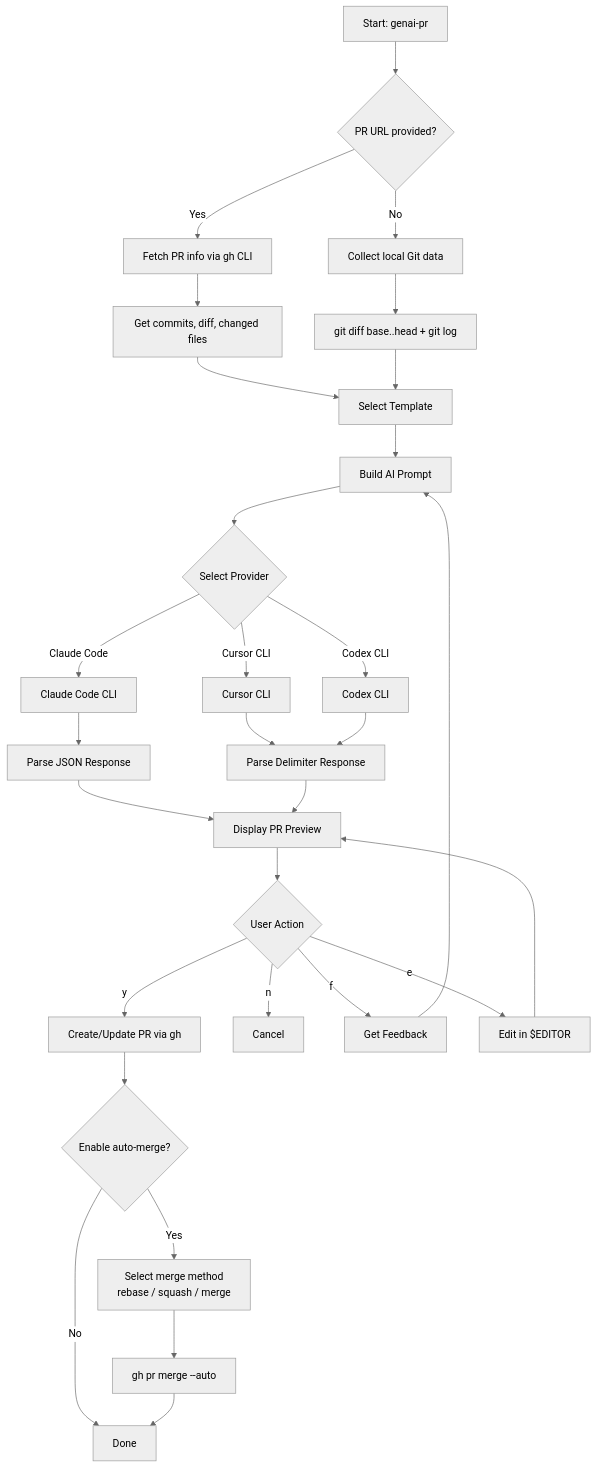
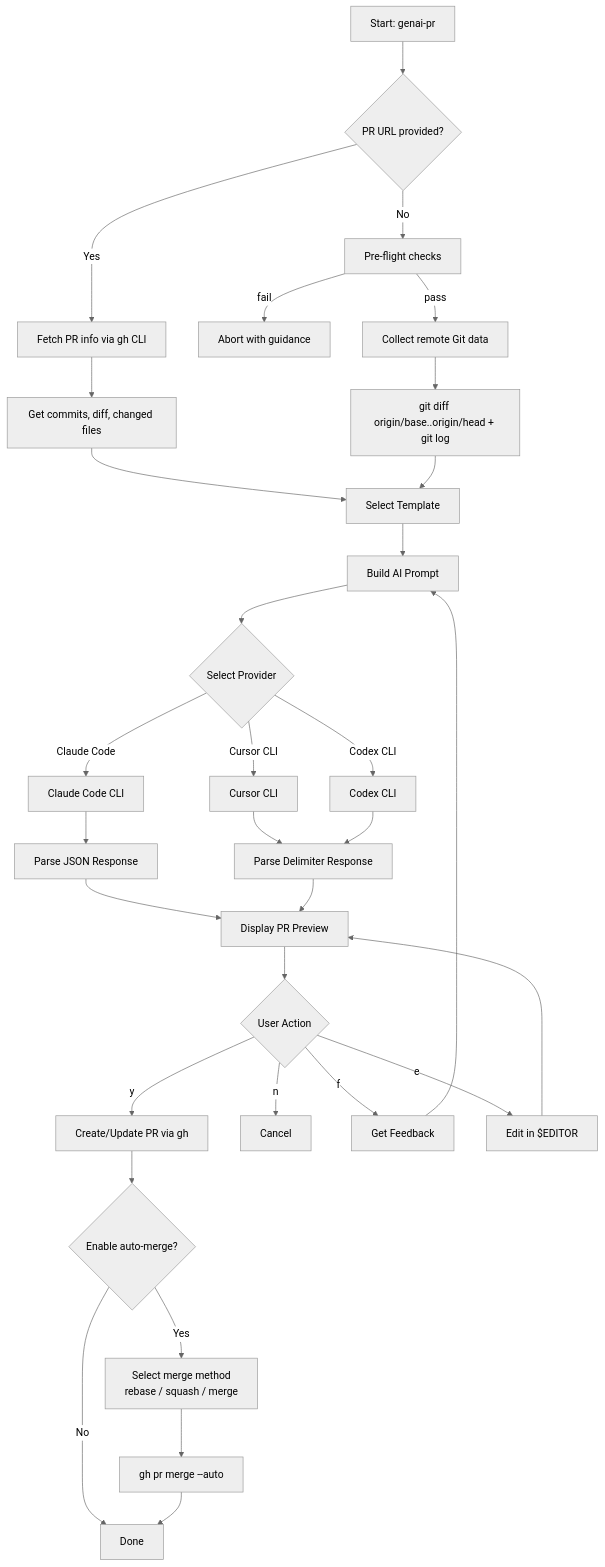
Before and after one commit to Seungwoo321/genai-pr: the diagram in README.md, drawn with Mermaid (neutral theme). The commit also changed other lines of this file and 3 other files, not shown here.

````diff
--- a/README.md
+++ b/README.md
@@ -23,32 +24,34 @@
 ```mermaid
 flowchart TD
     A[Start: genai-pr] --> B{PR URL provided?}
     B -->|Yes| C[Fetch PR info via gh CLI]
-    B -->|No| D[Collect local Git data]
+    B -->|No| PF[Pre-flight checks]
+    PF -->|fail| PFX[Abort with guidance]
+    PF -->|pass| D[Collect remote Git data]
     C --> E[Get commits, diff, changed files]
-    D --> F[git diff base..head + git log]
+    D --> F[git diff origin/base..origin/head + git log]
     E --> G[Select Template]
     F --> G
     G --> H[Build AI Prompt]
     H --> I{Select Provider}
     I -->|Claude Code| J[Claude Code CLI]
     I -->|Cursor CLI| K[Cursor CLI]
     I -->|Codex CLI| K2[Codex CLI]
     J --> L[Parse JSON Response]
     K --> M[Parse Delimiter Response]
     K2 --> M
     L --> N[Display PR Preview]
     M --> N
     N --> O{User Action}
     O -->|y| P[Create/Update PR via gh]
     O -->|n| Q[Cancel]
     O -->|f| R[Get Feedback]
     O -->|e| S[Edit in $EDITOR]
     R --> H
     S --> N
     P --> U{Enable auto-merge?}
     U -->|Yes| V[Select merge method<br/>rebase / squash / merge]
     U -->|No| T[Done]
     V --> W[gh pr merge --auto]
     W --> T[Done]
 ```
````
